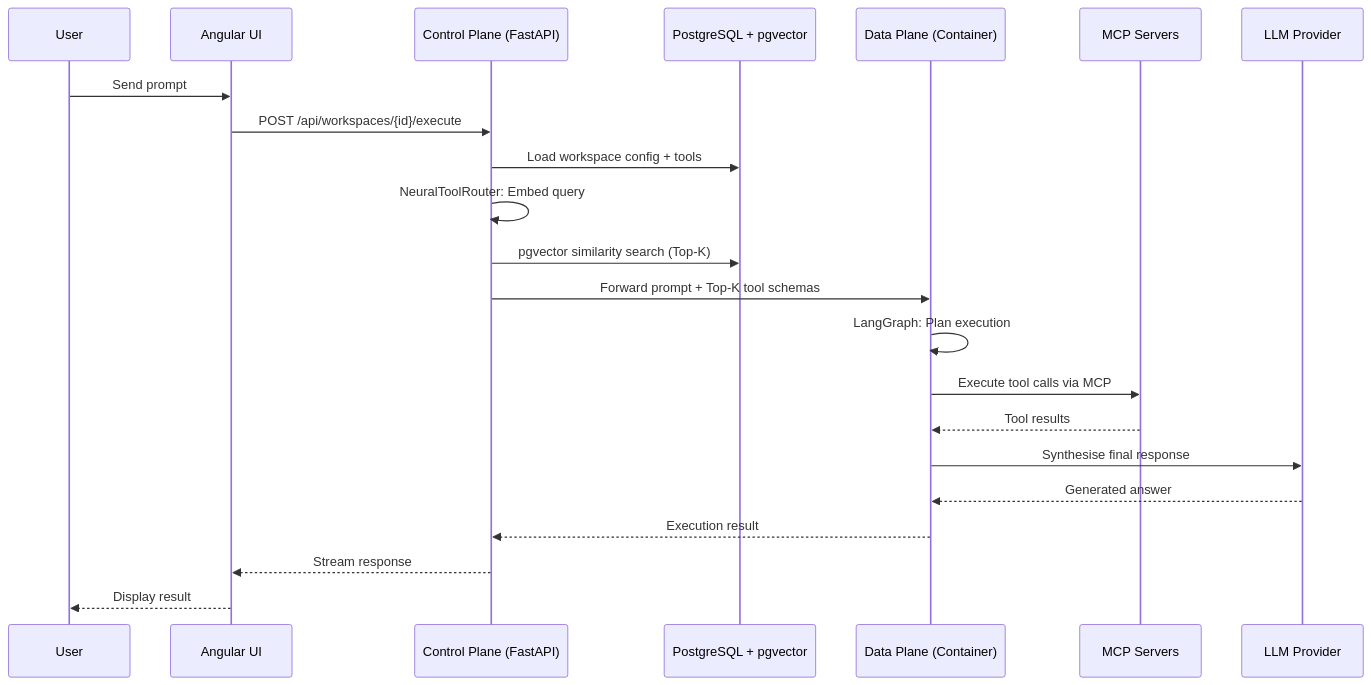
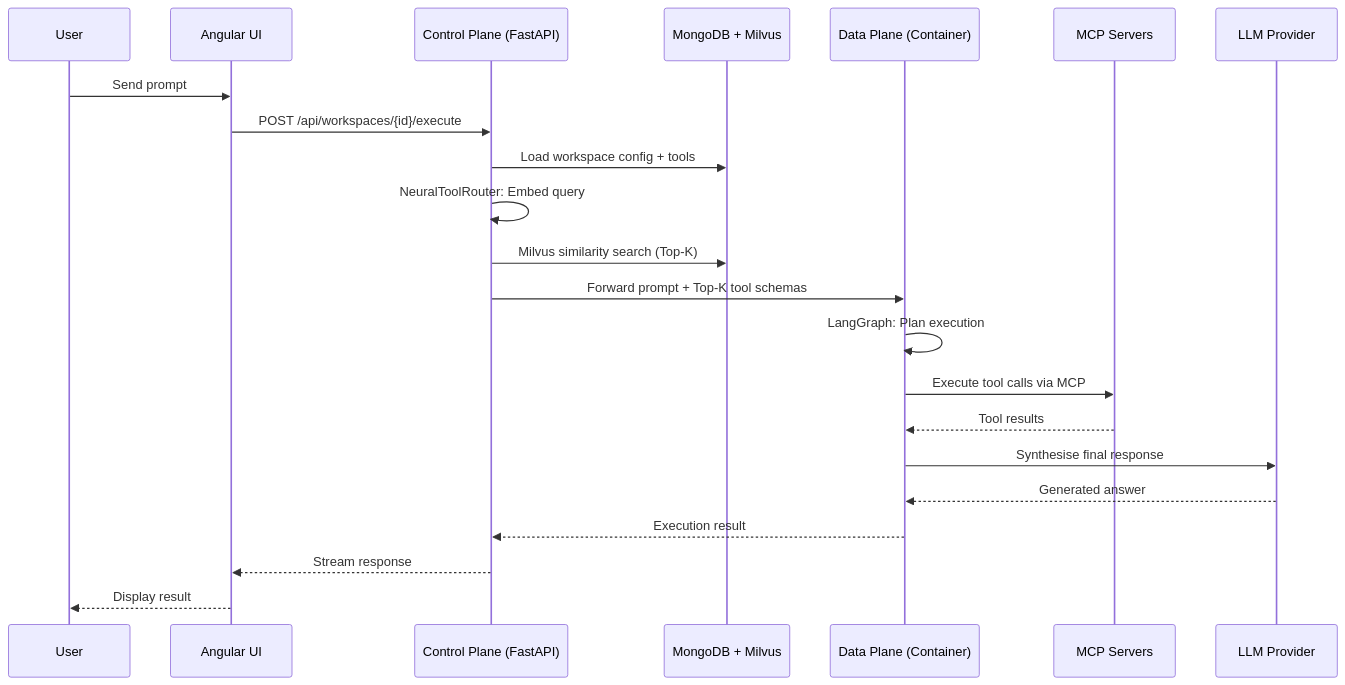
One commit to sinny777/synapse-forge changed the second of 5 diagrams in README.md. Above: the diagram before and after it, drawn with Mermaid. The commit also changed other lines of this file and 33 other files, not shown here.

````diff
--- a/README.md
+++ b/README.md
@@ -140,25 +142,25 @@
 ```mermaid
 sequenceDiagram
     participant User
     participant UI as Angular UI
     participant CP as Control Plane (FastAPI)
-    participant DB as PostgreSQL + pgvector
+    participant DB as MongoDB + Milvus
     participant DP as Data Plane (Container)
     participant MCP as MCP Servers
     participant LLM as LLM Provider
 
     User->>UI: Send prompt
     UI->>CP: POST /api/workspaces/{id}/execute
     CP->>DB: Load workspace config + tools
     CP->>CP: NeuralToolRouter: Embed query
-    CP->>DB: pgvector similarity search (Top-K)
+    CP->>DB: Milvus similarity search (Top-K)
     CP->>DP: Forward prompt + Top-K tool schemas
     DP->>DP: LangGraph: Plan execution
     DP->>MCP: Execute tool calls via MCP
     MCP-->>DP: Tool results
     DP->>LLM: Synthesise final response
     LLM-->>DP: Generated answer
     DP-->>CP: Execution result
     CP-->>UI: Stream response
     UI-->>User: Display result
 ```
````
